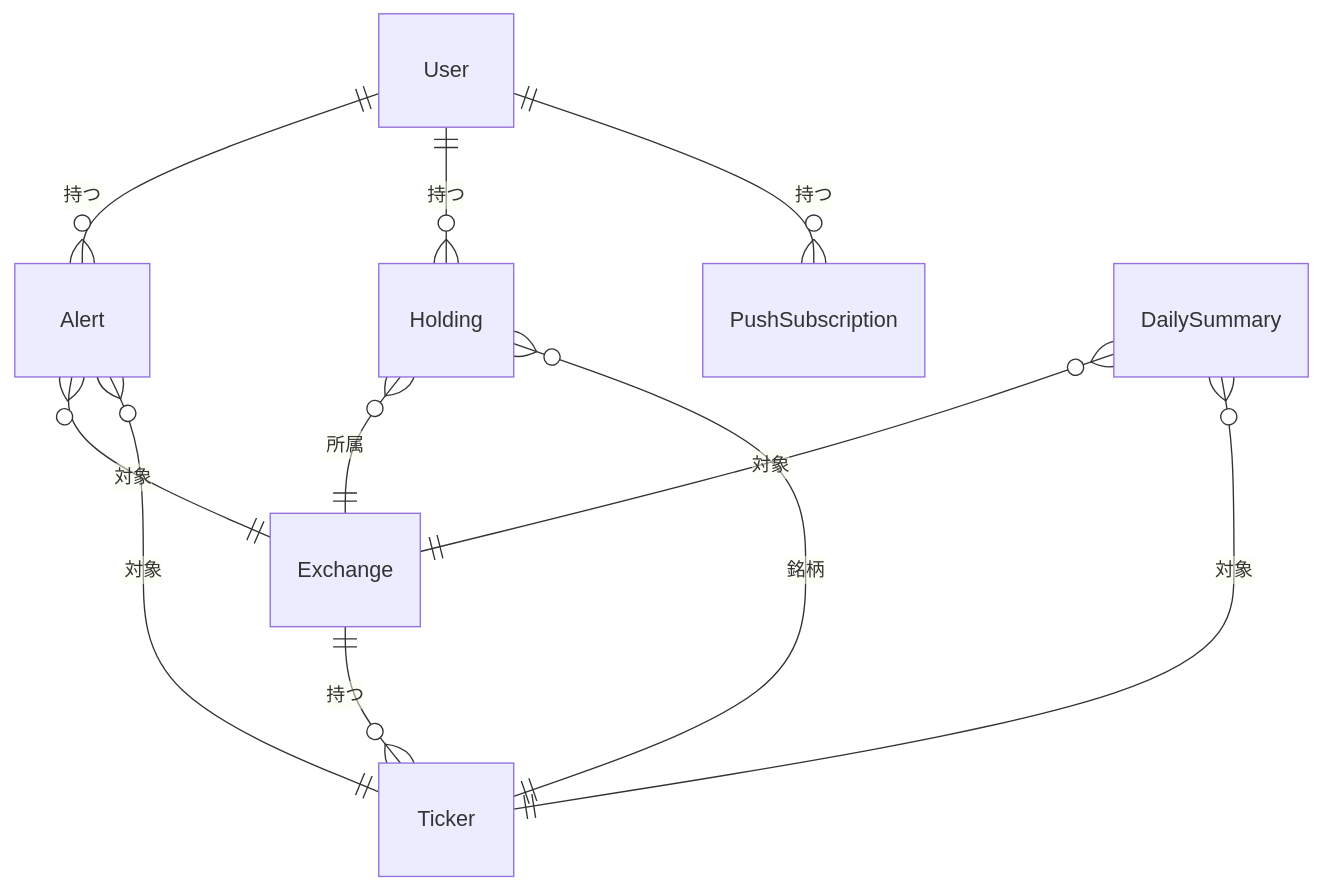
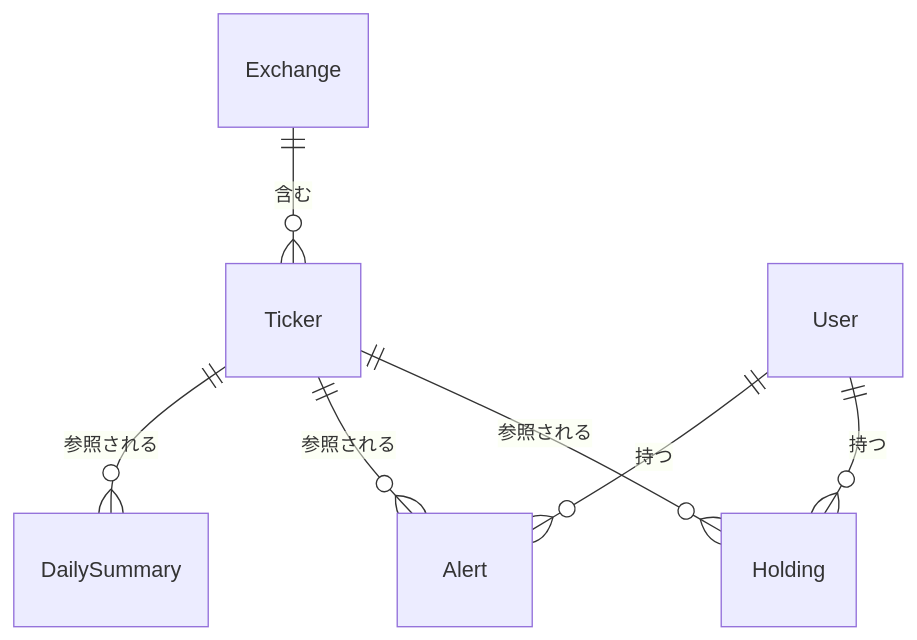
The second of 2 diagrams in docs/services/stock-tracker/external-design.md (nagiyu/nagiyu-platform), drawn with Mermaid before and after one commit. The commit also changed other lines of this file and 1 other file, not shown here.

Commit message:
docs: fix pattern count, screen designs, and entity diagram in stock-tracker docs

````diff
--- a/docs/services/stock-tracker/external-design.md
+++ b/docs/services/stock-tracker/external-design.md
@@ -124,13 +224,9 @@
 ```mermaid
 erDiagram
+    Exchange ||--o{ Ticker : "含む"
+    Ticker ||--o{ Holding : "参照される"
+    Ticker ||--o{ Alert : "参照される"
+    Ticker ||--o{ DailySummary : "参照される"
+    User ||--o{ Holding : "持つ"
     User ||--o{ Alert : "持つ"
-    User ||--o{ Holding : "持つ"
-    User ||--o{ PushSubscription : "持つ"
-    Exchange ||--o{ Ticker : "持つ"
-    Alert }o--|| Exchange : "対象"
-    Alert }o--|| Ticker : "対象"
-    Holding }o--|| Exchange : "所属"
-    Holding }o--|| Ticker : "銘柄"
-    DailySummary }o--|| Exchange : "対象"
-    DailySummary }o--|| Ticker : "対象"
 ```
````
